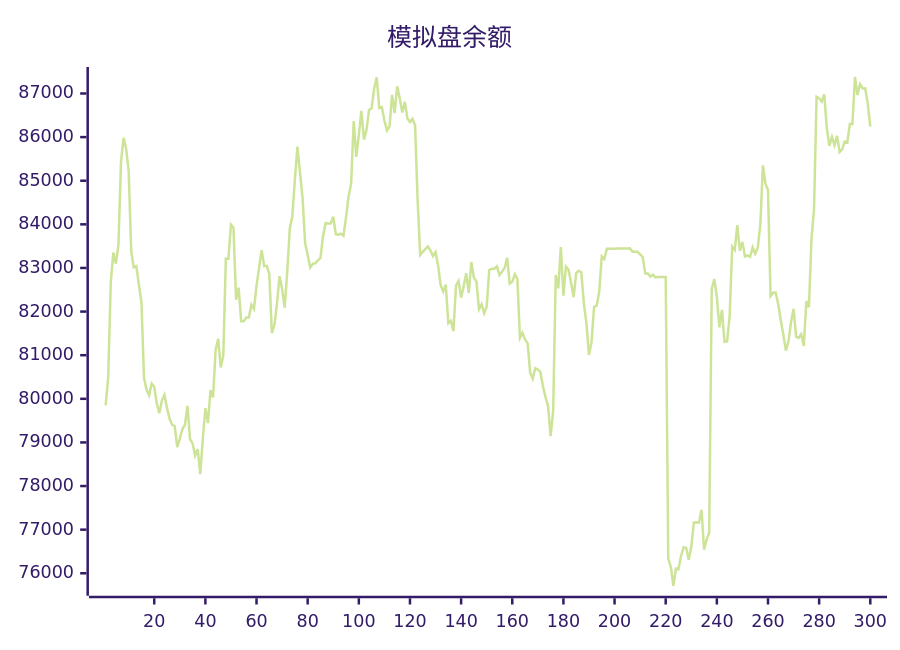
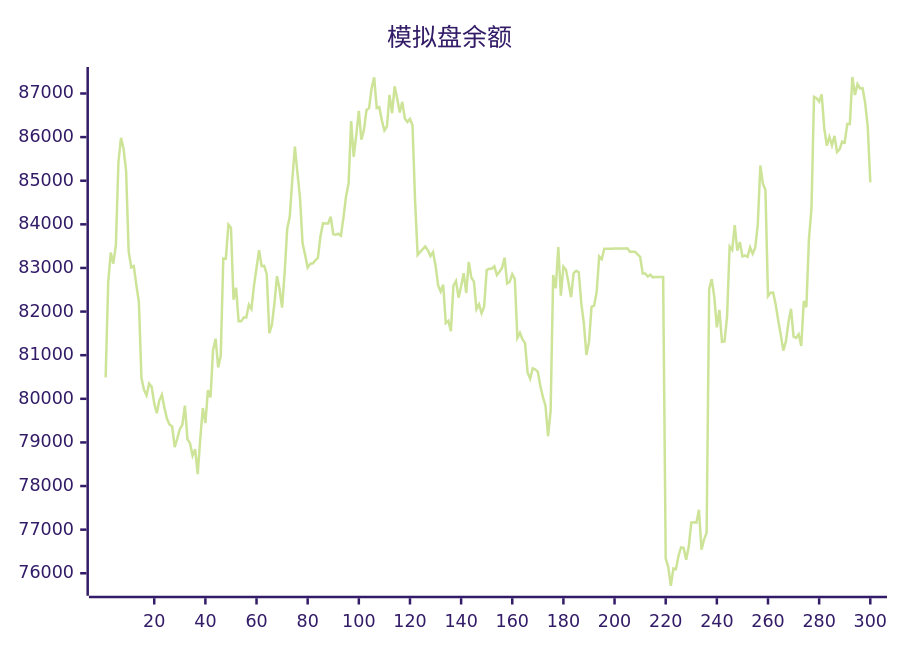
One commit to aahl/ai-trading changed the diagram in README.md. Above: the diagram before and after it, drawn with Mermaid (forest theme). The commit also changed other lines of this file and 1 other file, not shown here.

````diff
--- a/README.md
+++ b/README.md
@@ -5,5 +5,5 @@
 ```mermaid
 xychart
     title "模拟盘余额"
-    line [79848,80491,82665,83351,83098,83525,85430,85983,85737,85221,83378,83014,83043,82613,82216,80477,80208,80081,80348,80277,79894,79670,79965,80093,79786,79542,79406,79371,78893,79087,79304,79406,79841,79072,78978,78696,78846,78272,79085,79787,79442,80198,80031,81120,81379,80718,80985,83214,83212,83993,83921,82270,82547,81776,81776,81866,81866,82158,82061,82596,83000,83408,83041,83050,82858,81503,81691,82188,82812,82517,82092,82901,83898,84180,85030,85781,85178,84604,83569,83298,83008,83093,83107,83175,83228,83729,84025,84017,84019,84177,83775,83762,83785,83738,84160,84639,84939,86370,85548,86046,86599,85942,86161,86622,86664,87115,87369,86666,86685,86384,86152,86243,86969,86548,87164,86885,86566,86809,86427,86348,86417,86273,84538,83299,83369,83430,83490,83404,83270,83362,83056,82605,82459,82614,81734,81788,81551,82598,82702,82320,82580,82878,82426,83139,82778,82686,82056,82166,81963,82110,82951,82983,82984,83038,82838,82915,82998,83235,82642,82682,82858,82746,81396,81512,81362,81277,80600,80461,80699,80673,80616,80288,80038,79836,79142,79722,82837,82533,83480,82366,83032,82960,82654,82330,82883,82934,82901,82188,81728,81005,81298,82110,82135,82449,83264,83203,83440,83439,83440,83440,83446,83447,83448,83447,83448,83449,83369,83369,83369,83313,83256,82872,82873,82801,82844,82785,82791,82791,82793,82794,76339,76145,75714,76110,76096,76397,76594,76585,76310,76607,77160,77170,77160,77456,76541,76774,76927,82520,82744,82337,81639,82040,81307,81314,81887,83490,83414,83984,83396,83594,83261,83287,83253,83470,83327,83465,83987,85348,84930,84786,82355,82433,82438,82167,81795,81466,81105,81315,81756,82064,81426,81398,81481,81210,82242,82099,83658,84359,86925,86892,86814,86980,86203,85802,86003,85811,86028,85657,85721,85896,85880,86300,86299,87378,86965,87214,87115,87118,86780,86238]
+    line [80491,82665,83351,83098,83525,85430,85983,85737,85221,83378,83014,83043,82613,82216,80477,80208,80081,80348,80277,79894,79670,79965,80093,79786,79542,79406,79371,78893,79087,79304,79406,79841,79072,78978,78696,78846,78272,79085,79787,79442,80198,80031,81120,81379,80718,80985,83214,83212,83993,83921,82270,82547,81776,81776,81866,81866,82158,82061,82596,83000,83408,83041,83050,82858,81503,81691,82188,82812,82517,82092,82901,83898,84180,85030,85781,85178,84604,83569,83298,83008,83093,83107,83175,83228,83729,84025,84017,84019,84177,83775,83762,83785,83738,84160,84639,84939,86370,85548,86046,86599,85942,86161,86622,86664,87115,87369,86666,86685,86384,86152,86243,86969,86548,87164,86885,86566,86809,86427,86348,86417,86273,84538,83299,83369,83430,83490,83404,83270,83362,83056,82605,82459,82614,81734,81788,81551,82598,82702,82320,82580,82878,82426,83139,82778,82686,82056,82166,81963,82110,82951,82983,82984,83038,82838,82915,82998,83235,82642,82682,82858,82746,81396,81512,81362,81277,80600,80461,80699,80673,80616,80288,80038,79836,79142,79722,82837,82533,83480,82366,83032,82960,82654,82330,82883,82934,82901,82188,81728,81005,81298,82110,82135,82449,83264,83203,83440,83439,83440,83440,83446,83447,83448,83447,83448,83449,83369,83369,83369,83313,83256,82872,82873,82801,82844,82785,82791,82791,82793,82794,76339,76145,75714,76110,76096,76397,76594,76585,76310,76607,77160,77170,77160,77456,76541,76774,76927,82520,82744,82337,81639,82040,81307,81314,81887,83490,83414,83984,83396,83594,83261,83287,83253,83470,83327,83465,83987,85348,84930,84786,82355,82433,82438,82167,81795,81466,81105,81315,81756,82064,81426,81398,81481,81210,82242,82099,83658,84359,86925,86892,86814,86980,86203,85802,86003,85811,86028,85657,85721,85896,85880,86300,86299,87378,86965,87214,87115,87118,86780,86238,84966]
 ```
````
